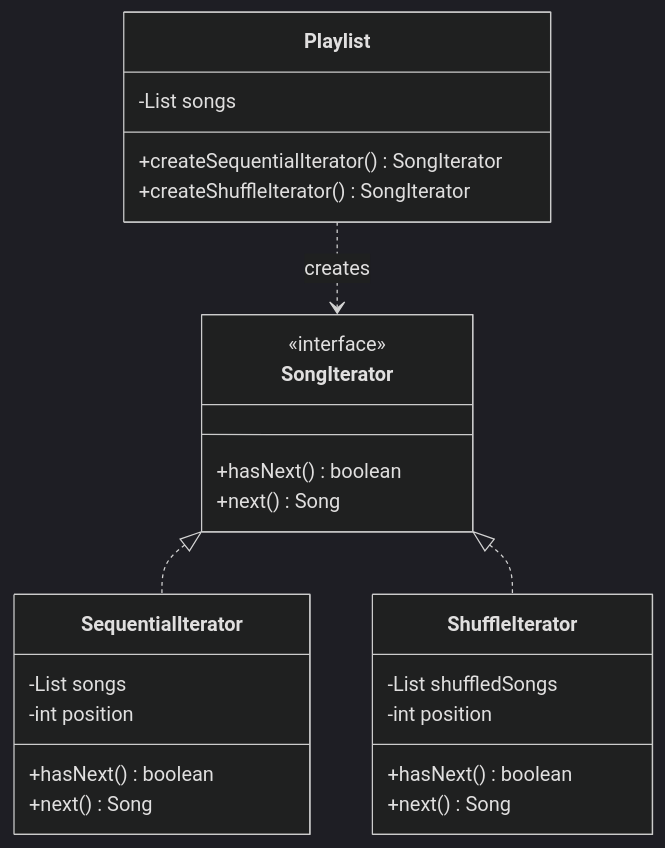
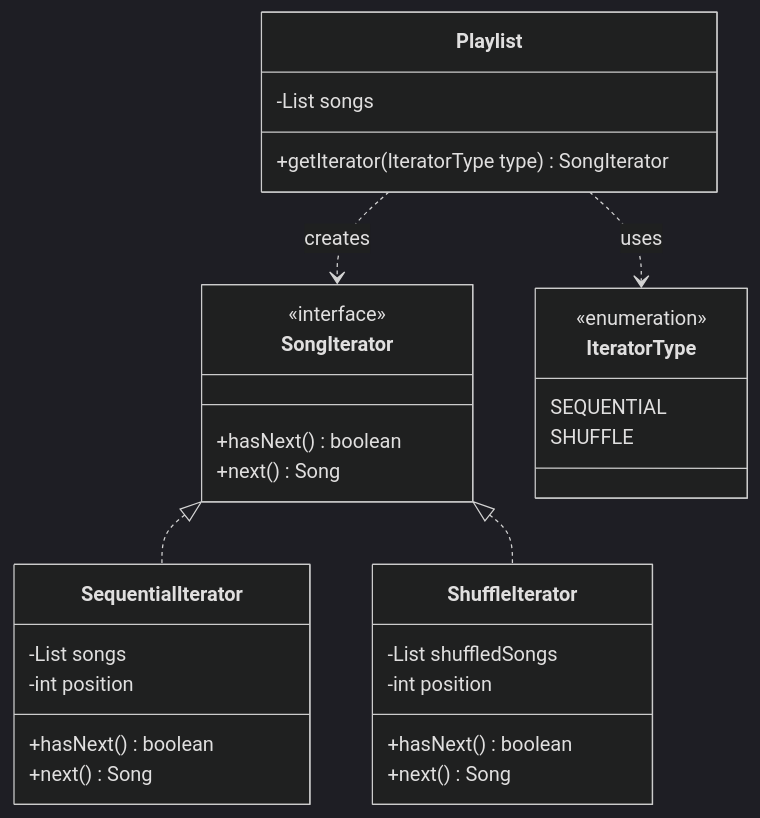
Before and after one commit to JAYESHBATRA/Low-Level-Design: the diagram in src/main/java/BehaviouralDesignPatterns/IteratorPattern/README.md, drawn with Mermaid (dark theme). The commit also changed 3 other files, not shown here.

Commit message:
refactor: use parameterized getIterator method with Enum for selection

````diff
--- a/src/main/java/BehaviouralDesignPatterns/IteratorPattern/README.md
+++ b/src/main/java/BehaviouralDesignPatterns/IteratorPattern/README.md
@@ -14,28 +14,33 @@
 ```mermaid
 classDiagram
     class SongIterator {
         <<interface>>
         +hasNext() boolean
         +next() Song
     }
     class SequentialIterator {
         -List songs
         -int position
         +hasNext() boolean
         +next() Song
     }
     class ShuffleIterator {
         -List shuffledSongs
         -int position
         +hasNext() boolean
         +next() Song
     }
     class Playlist {
         -List songs
-        +createSequentialIterator() SongIterator
-        +createShuffleIterator() SongIterator
+        +getIterator(IteratorType type) SongIterator
+    }
+    class IteratorType {
+        <<enumeration>>
+        SEQUENTIAL
+        SHUFFLE
     }
     SongIterator <|.. SequentialIterator
     SongIterator <|.. ShuffleIterator
     Playlist ..> SongIterator : creates
+    Playlist ..> IteratorType : uses
 ```
````
